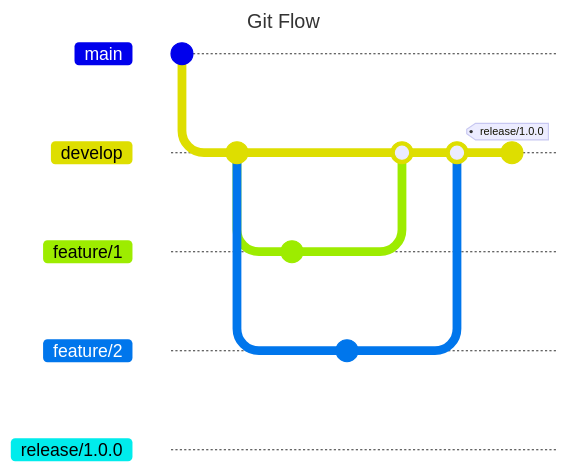
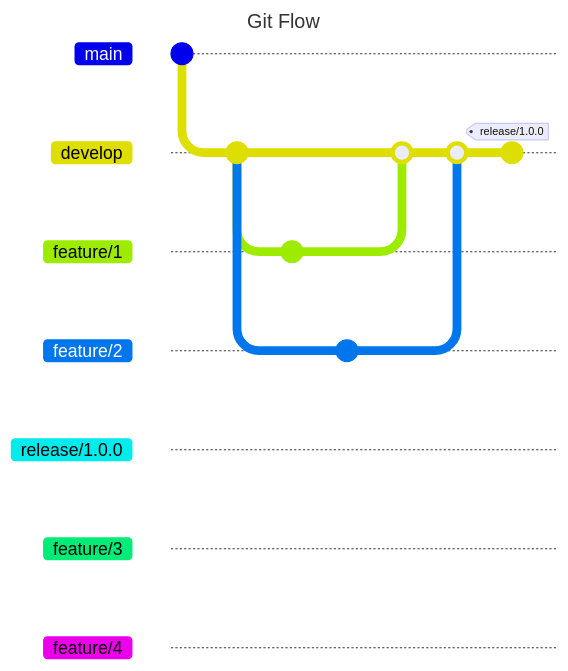
One commit to Weydon-Ding/learn-gitflow changed the diagram in README.md. Above: the diagram before and after it, drawn with Mermaid. Commit ids are hidden.

Commit message:
feat: branch feature/3 & feature/4

````diff
--- a/README.md
+++ b/README.md
@@ -3,26 +3,28 @@
 ```mermaid
 ---
 title: Git Flow
 ---
 
 gitGraph
 
 commit
 branch develop
 
 commit
 branch feature/1
 branch feature/2
 
 checkout feature/1
 commit
 
 checkout feature/2
 commit
 
 checkout develop
 merge feature/1
 merge feature/2
 commit tag:"release/1.0.0"
 branch release/1.0.0
+branch feature/3
+branch feature/4
 ```
````
